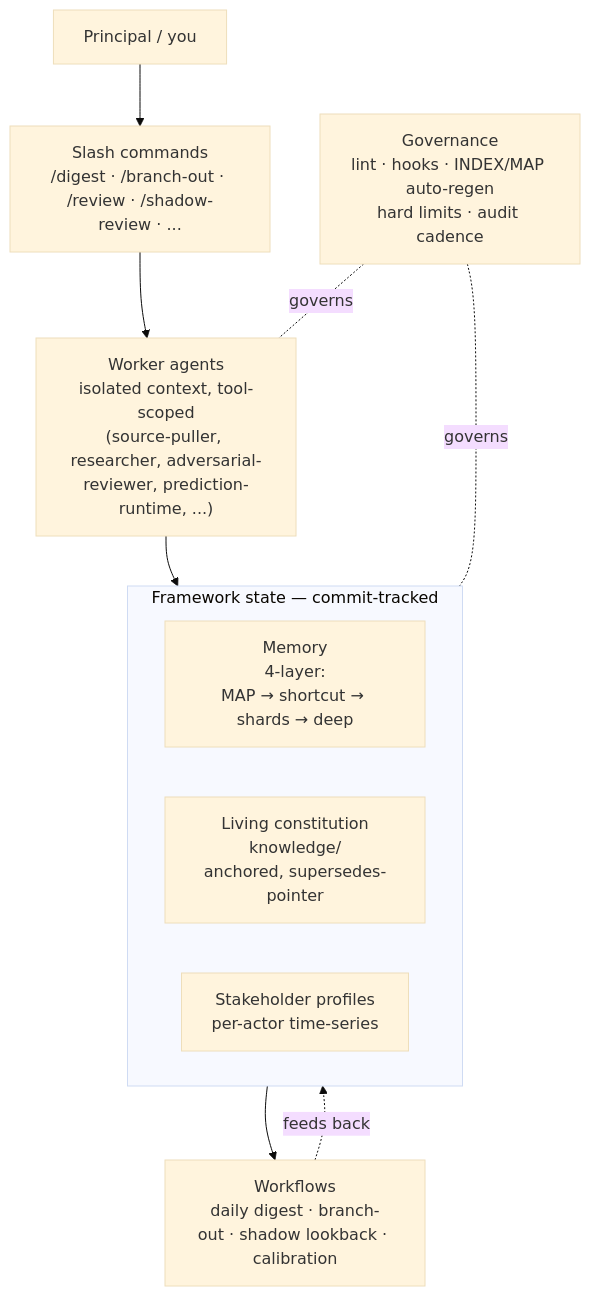
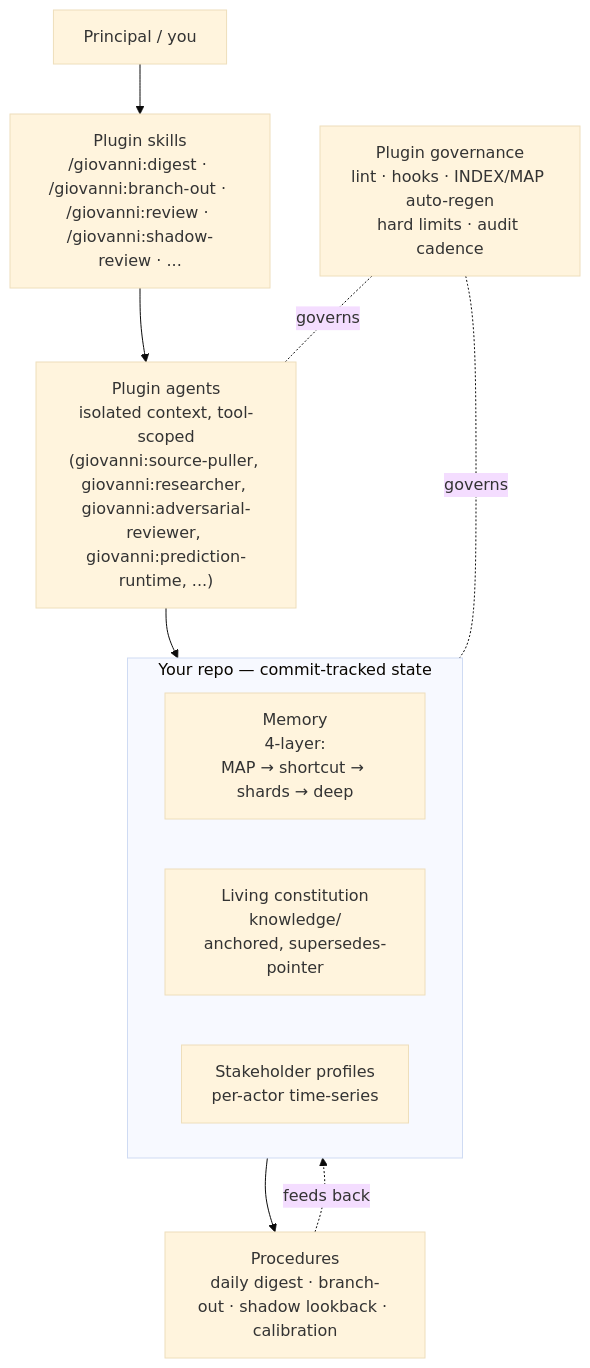
Before and after one commit to jaroslavsoucek-art/Giovanni: the second of 2 diagrams in README.md, drawn with Mermaid (base theme). The commit also changed other lines of this file and 23 other files, not shown here.

````diff
--- a/README.md
+++ b/README.md
@@ -115,16 +115,16 @@
 ```mermaid
 flowchart TB
-    P[Principal / you] --> Commands["Slash commands<br/>/digest · /branch-out · /review · /shadow-review · ..."]
-    Commands --> Workers["Worker agents<br/>isolated context, tool-scoped<br/>(source-puller, researcher, adversarial-reviewer, prediction-runtime, ...)"]
+    P[Principal / you] --> Skills["Plugin skills<br/>/giovanni:digest · /giovanni:branch-out · /giovanni:review · /giovanni:shadow-review · ..."]
+    Skills --> Workers["Plugin agents<br/>isolated context, tool-scoped<br/>(giovanni:source-puller, giovanni:researcher, giovanni:adversarial-reviewer, giovanni:prediction-runtime, ...)"]
     Workers --> State
-    subgraph State["Framework state — commit-tracked"]
+    subgraph State["Your repo — commit-tracked state"]
       direction LR
       M["Memory<br/>4-layer:<br/>MAP → shortcut → shards → deep"]
       K["Living constitution<br/>knowledge/<br/>anchored, supersedes-pointer"]
       ST["Stakeholder profiles<br/>per-actor time-series"]
     end
-    State --> Workflows["Workflows<br/>daily digest · branch-out · shadow lookback · calibration"]
-    Workflows -.feeds back.-> State
-    Governance["Governance<br/>lint · hooks · INDEX/MAP auto-regen<br/>hard limits · audit cadence"] -.governs.- State
+    State --> Procedures["Procedures<br/>daily digest · branch-out · shadow lookback · calibration"]
+    Procedures -.feeds back.-> State
+    Governance["Plugin governance<br/>lint · hooks · INDEX/MAP auto-regen<br/>hard limits · audit cadence"] -.governs.- State
     Governance -.governs.- Workers
 ```
````
